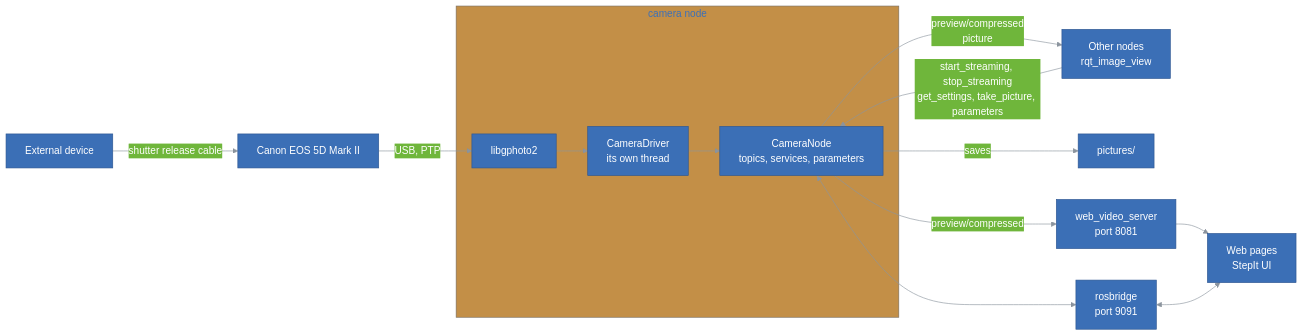
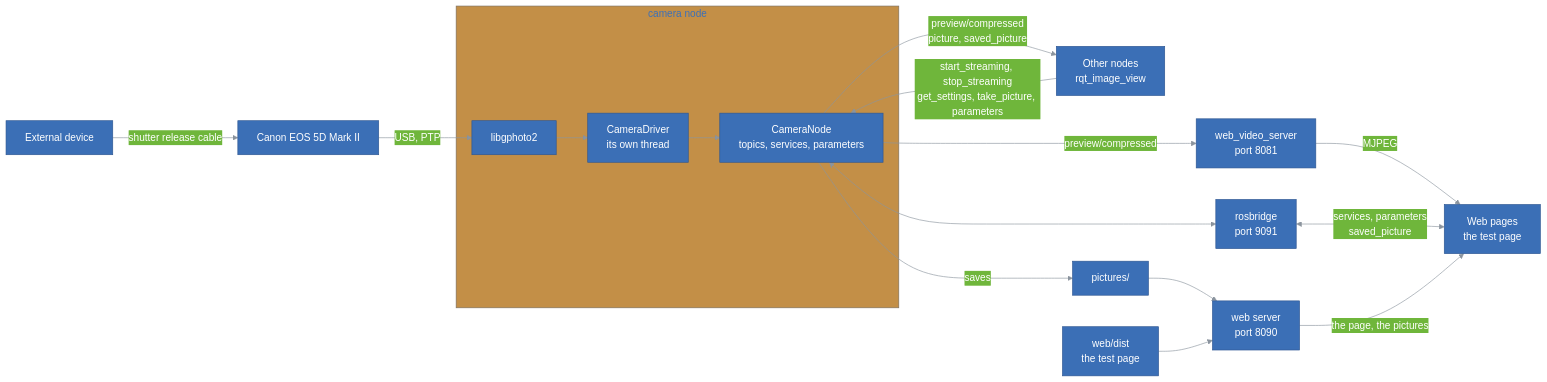
The first of 4 diagrams in docs/ARCHITECTURE.md (kineticsystem/stepit-camera), drawn with Mermaid before and after one commit. The commit also changed other lines of this file and 56 other files, not shown here.

First line of the commit message:
Serve the test page and the pictures over HTTP

````diff
--- a/docs/ARCHITECTURE.md
+++ b/docs/ARCHITECTURE.md
@@ -34,26 +35,29 @@
 ```mermaid
 ---
 config:
   theme: base
   themeVariables:
     primaryColor: "#3b6fb6"
     primaryTextColor: "#ffffff"
     primaryBorderColor: "#2c5590"
     lineColor: "#8b949e"
     textColor: "#4d86d6"
 ---
 flowchart LR
     Trigger["External device"] -- "shutter release cable" --> Camera["Canon EOS 5D Mark II"]
     Camera -- "USB, PTP" --> GPhoto["libgphoto2"]
     subgraph Node["camera node"]
         GPhoto --> Driver["CameraDriver<br/>its own thread"]
         Driver --> ROS["CameraNode<br/>topics, services, parameters"]
     end
-    ROS -- "preview/compressed<br/>picture" --> Clients["Other nodes<br/>rqt_image_view"]
+    ROS -- "preview/compressed<br/>picture, saved_picture" --> Clients["Other nodes<br/>rqt_image_view"]
     Clients -- "start_streaming, stop_streaming<br/>get_settings, take_picture, parameters" --> ROS
     ROS -- "saves" --> Folder["pictures/"]
     ROS -- "preview/compressed" --> Video["web_video_server<br/>port 8081"]
     ROS <--> Bridge["rosbridge<br/>port 9091"]
-    Video --> Browser["Web pages<br/>StepIt UI"]
-    Bridge <--> Browser
+    Folder --> Web["web server<br/>port 8090"]
+    Page["web/dist<br/>the test page"] --> Web
+    Video -- "MJPEG" --> Browser["Web pages<br/>the test page"]
+    Bridge <-- "services, parameters<br/>saved_picture" --> Browser
+    Web -- "the page, the pictures" --> Browser
 ```
````
